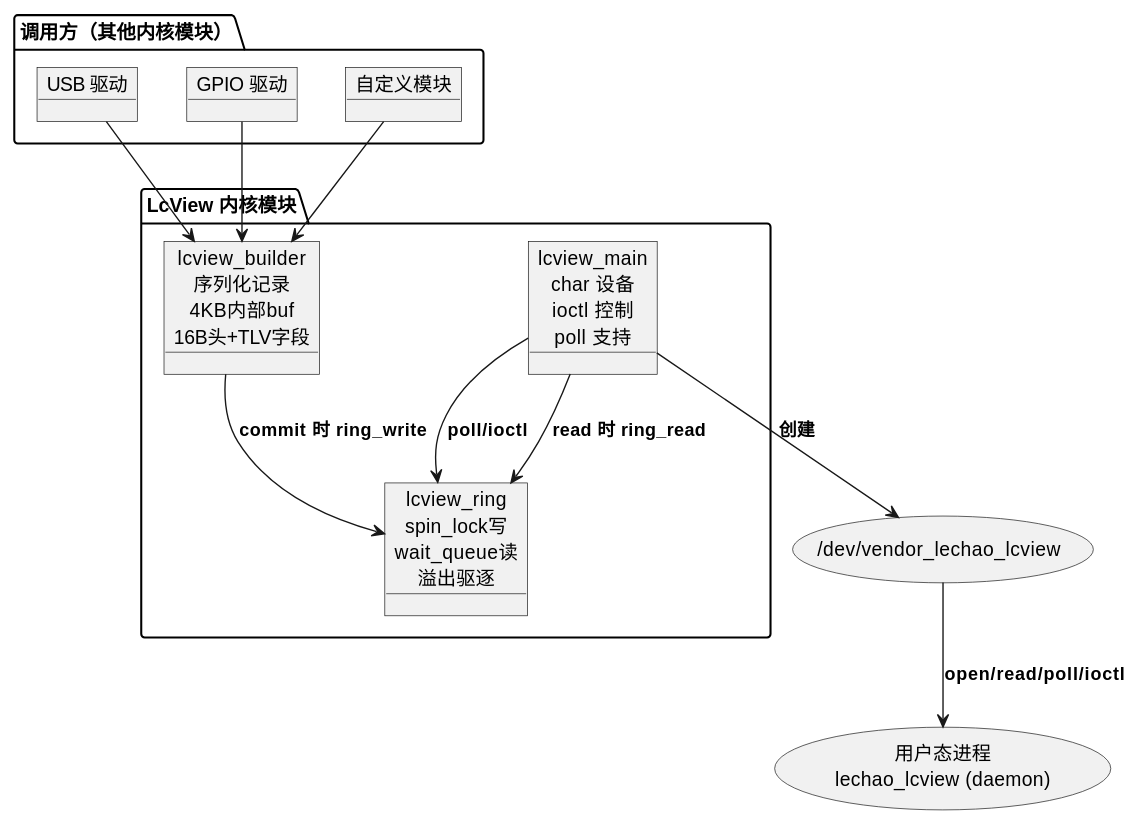
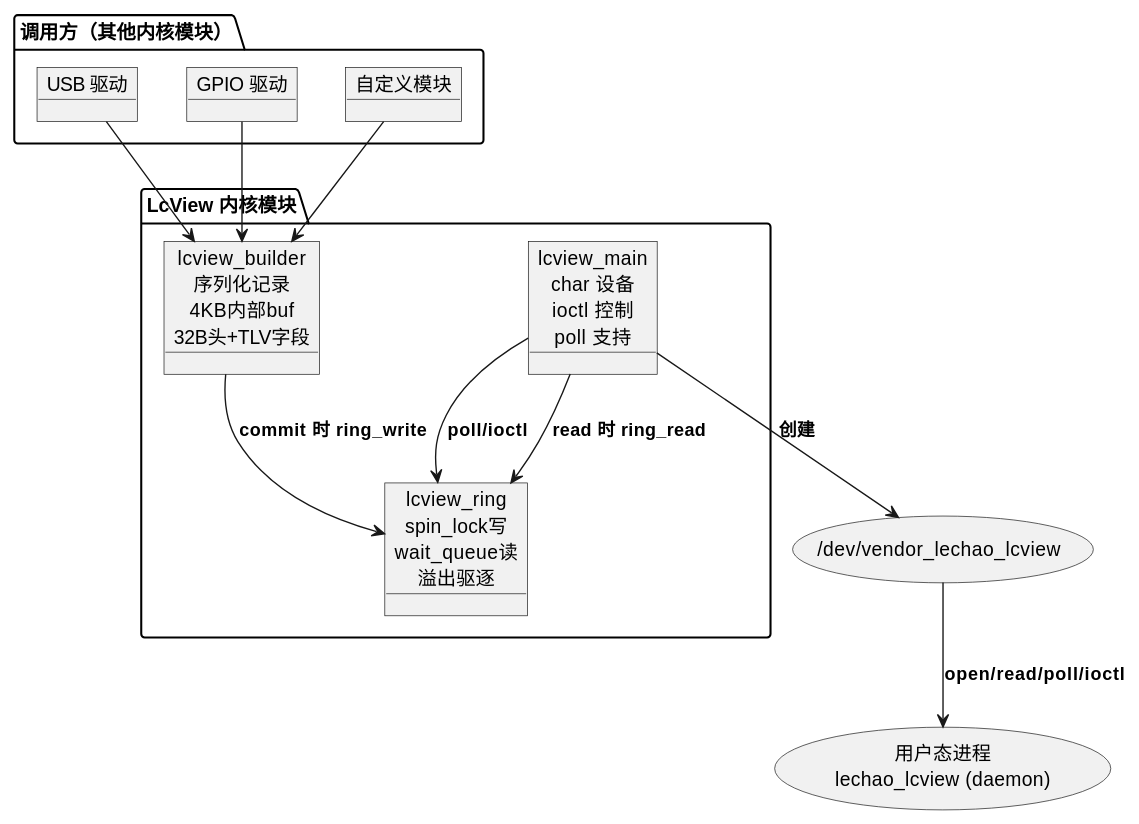
The fifth of 16 diagrams in docs/01-打点增强/01.01-内核态增强-lcview-kernel.md (lechao365/AndroidSystemEnhance), drawn with PlantUML before and after one commit. The commit also changed other lines of this file and 146 other files, not shown here.

````diff
--- a/docs/01-打点增强/01.01-内核态增强-lcview-kernel.md
+++ b/docs/01-打点增强/01.01-内核态增强-lcview-kernel.md
@@ -132,30 +132,30 @@
 ```plantuml
 @startuml
 allowmixing
 package "调用方（其他内核模块）" as callers {
     object "USB 驱动" as USB
     object "GPIO 驱动" as GPIO
     object "自定义模块" as CUSTOM
 }
 
 package "LcView 内核模块" as lcview {
-    object "lcview_builder\n序列化记录\n4KB内部buf\n16B头+TLV字段" as BUILDER
+    object "lcview_builder\n序列化记录\n4KB内部buf\n32B头+TLV字段" as BUILDER
     object "lcview_ring\nspin_lock写\nwait_queue读\n溢出驱逐" as RING
     object "lcview_main\nchar 设备\nioctl 控制\npoll 支持" as MAIN
 }
 
 usecase "/dev/vendor_lechao_lcview" as DEV
 usecase "用户态进程\nlechao_lcview (daemon)" as USER
 
 USB --> BUILDER
 GPIO --> BUILDER
 CUSTOM --> BUILDER
 
 BUILDER --> RING : **commit 时 ring_write**
 MAIN --> RING : **read 时 ring_read**
 MAIN --> RING : **poll/ioctl**
 
 MAIN --> DEV : **创建**
 DEV --> USER : **open/read/poll/ioctl**
 @enduml
 ```
````
